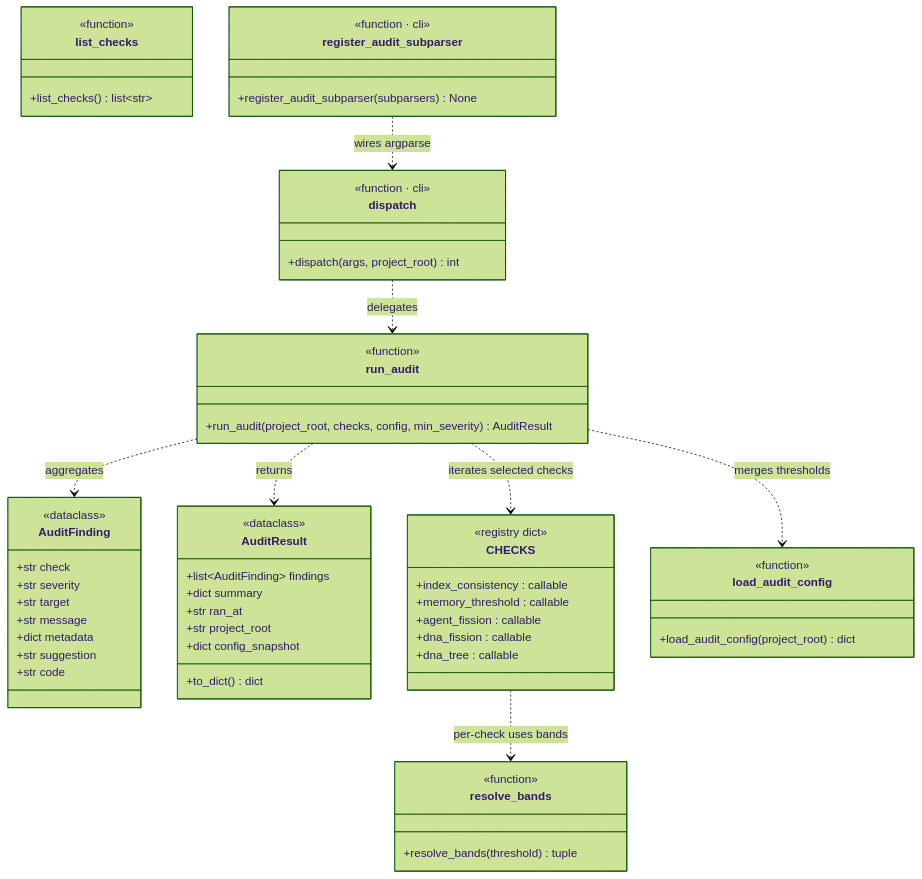
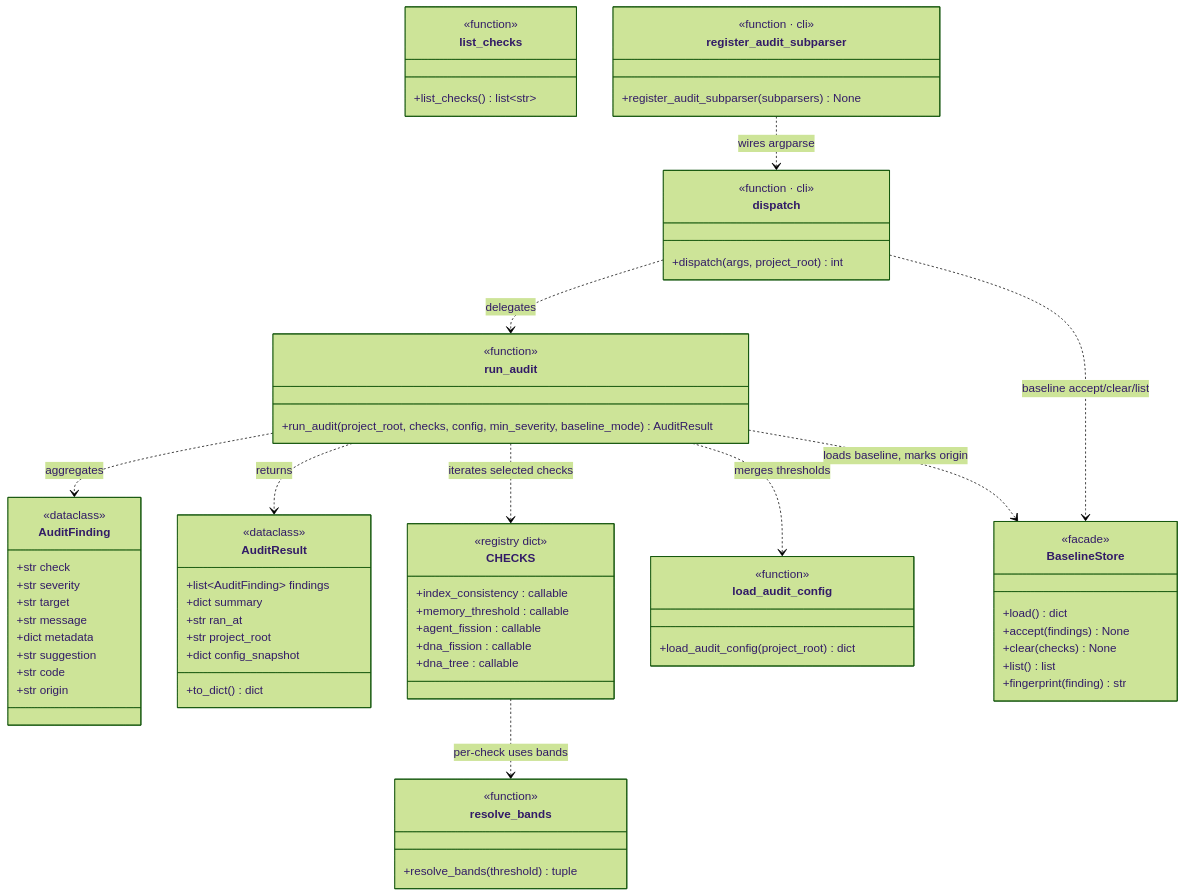
One commit to nan023062/cbim changed the diagram in v1/kernel/engine/audit/.dna/module.md. Above: the diagram before and after it, drawn with Mermaid (forest theme). The commit also changed other lines of this file and 32 other files, not shown here.

````diff
--- a/v1/kernel/engine/audit/.dna/module.md
+++ b/v1/kernel/engine/audit/.dna/module.md
@@ -29,62 +29,73 @@
 ```mermaid
 classDiagram
     class AuditFinding {
         <<dataclass>>
         +str check
         +str severity
         +str target
         +str message
         +dict metadata
         +str suggestion
         +str code
+        +str origin
     }
     class AuditResult {
         <<dataclass>>
         +list~AuditFinding~ findings
         +dict summary
         +str ran_at
         +str project_root
         +dict config_snapshot
         +to_dict() dict
     }
     class run_audit {
         <<function>>
-        +run_audit(project_root, checks, config, min_severity) AuditResult
+        +run_audit(project_root, checks, config, min_severity, baseline_mode) AuditResult
     }
     class list_checks {
         <<function>>
         +list_checks() list~str~
     }
     class CHECKS {
         <<registry dict>>
         +index_consistency : callable
         +memory_threshold : callable
         +agent_fission : callable
         +dna_fission : callable
         +dna_tree : callable
     }
     class load_audit_config {
         <<function>>
         +load_audit_config(project_root) dict
     }
     class resolve_bands {
         <<function>>
         +resolve_bands(threshold) tuple
     }
+    class BaselineStore {
+        <<facade>>
+        +load() dict
+        +accept(findings) None
+        +clear(checks) None
+        +list() list
+        +fingerprint(finding) str
+    }
     class register_audit_subparser {
         <<function · cli>>
         +register_audit_subparser(subparsers) None
     }
     class dispatch {
         <<function · cli>>
         +dispatch(args, project_root) int
     }
 
     run_audit ..> CHECKS : iterates selected checks
     run_audit ..> AuditResult : returns
     run_audit ..> AuditFinding : aggregates
     run_audit ..> load_audit_config : merges thresholds
+    run_audit ..> BaselineStore : loads baseline, marks origin
     CHECKS ..> resolve_bands : per-check uses bands
     dispatch ..> run_audit : delegates
+    dispatch ..> BaselineStore : baseline accept/clear/list
     register_audit_subparser ..> dispatch : wires argparse
 ```
````
